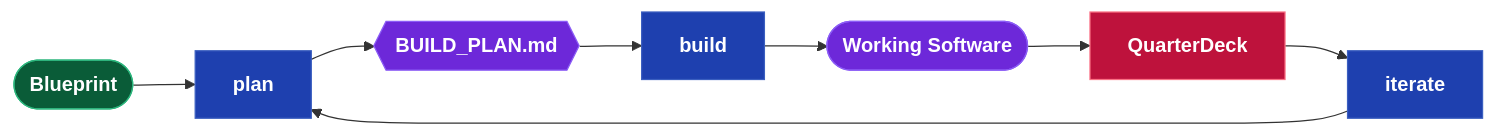
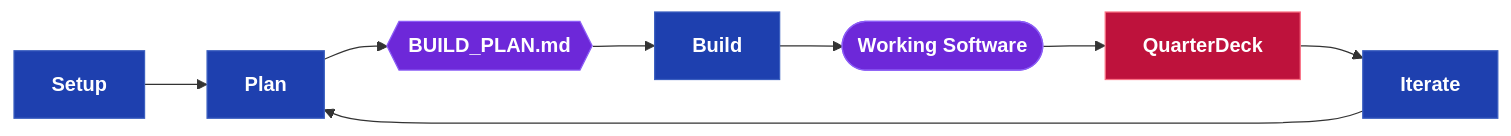
The first of 12 diagrams in docs/Drydock_Specification.md (webcloudstudio/Drydock), drawn with Mermaid before and after one commit. The commit also changed other lines of this file and 2 other files, not shown here.

Commit message:
Define setup and project planning workflow

````diff
--- a/docs/Drydock_Specification.md
+++ b/docs/Drydock_Specification.md
@@ -70,15 +70,15 @@
 ```mermaid
 flowchart LR
   classDef dir    fill:#0a5c38,stroke:#2cb67d,color:#fff,font-weight:bold
   classDef script fill:#1e40af,stroke:#3b5fc0,color:#fff,font-weight:bold
   classDef output fill:#6d28d9,stroke:#8b5cf6,color:#fff,font-weight:bold
   classDef web    fill:#be123c,stroke:#fb7185,color:#fff,font-weight:bold
 
-  SPEC(["Blueprint"]):::dir --> PLAN["plan"]:::script
+  SETUP["Setup"]:::script --> PLAN["Plan"]:::script
   PLAN --> BP{{"BUILD_PLAN.md"}}:::output
-  BP --> BUILD["build"]:::script
+  BP --> BUILD["Build"]:::script
   BUILD --> SOFTWARE(["Working Software"]):::output
   SOFTWARE --> CONSOLE["QuarterDeck"]:::web
-  CONSOLE --> ITERATE["iterate"]:::script
+  CONSOLE --> ITERATE["Iterate"]:::script
   ITERATE --> PLAN
 ```
````
